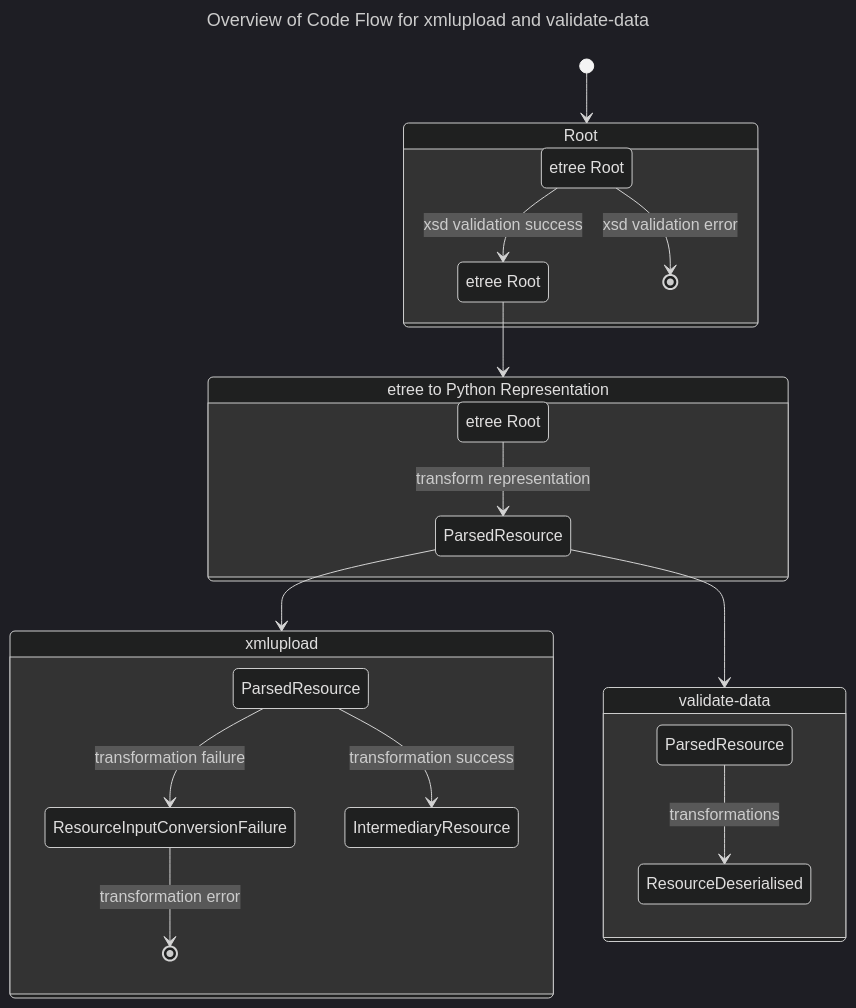
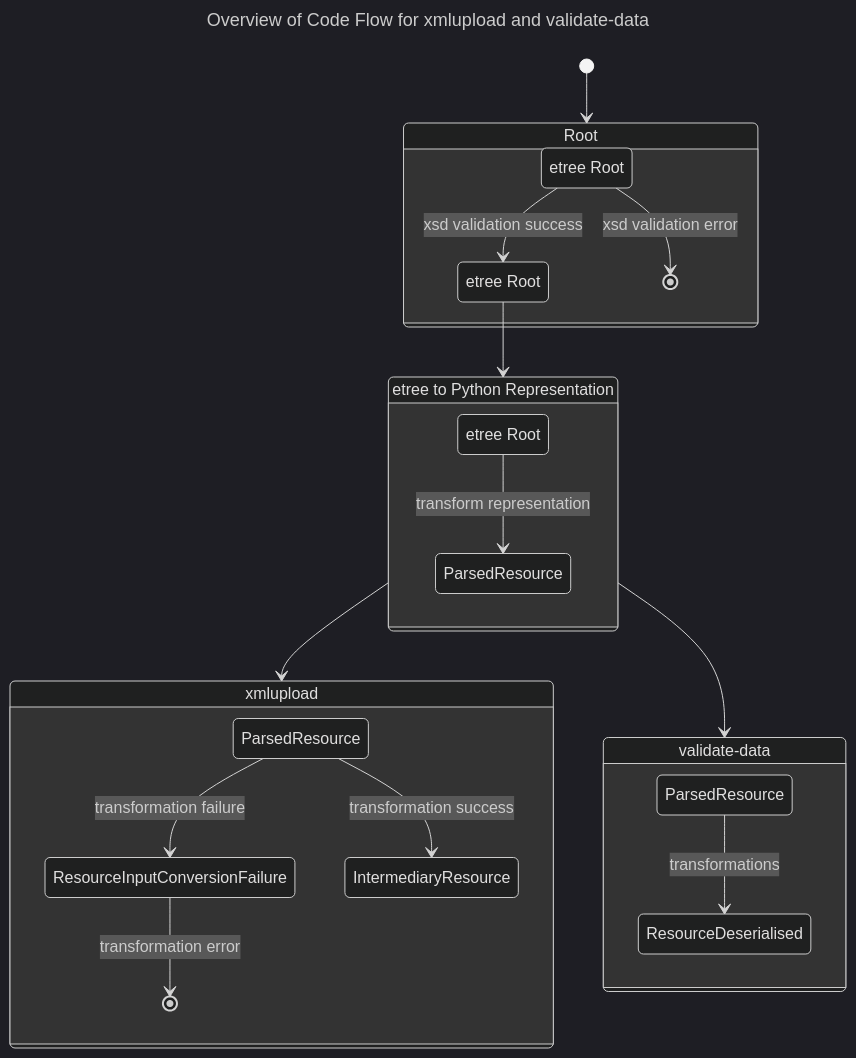
One commit to dasch-swiss/dsp-tools changed the first of 3 diagrams in docs/developers/architecture.md. Above: the diagram before and after it, drawn with Mermaid (dark theme).

````diff
--- a/docs/developers/architecture.md
+++ b/docs/developers/architecture.md
@@ -7,38 +7,38 @@
 ```mermaid
 ---
 title: Overview of Code Flow for xmlupload and validate-data
 ---
 stateDiagram-v2
 
 state "etree Root" as eroot1
 state "etree Root" as eroot2
 state "etree Root" as eroot3
 state "Root" as rootwork
 state "etree to Python Representation" as pywork
 state "xmlupload" as transform
 state "ParsedResource" as parsedres1
 state "ParsedResource" as parsedres2
 state "ParsedResource" as parsedres3
 state "IntermediaryResource" as intermediaryres
 state "validate-data" as valdata
 
 [*]-->rootwork
 state rootwork {
     eroot1-->eroot2: xsd validation success
     eroot1-->[*]: xsd validation error
 }
 eroot2-->pywork
 state pywork {
     eroot3-->parsedres1: transform representation
 }
-parsedres1-->transform
+pywork-->transform
 state transform {
     ResourceInputConversionFailure-->[*]: transformation error
     parsedres2-->intermediaryres: transformation success
     parsedres2-->ResourceInputConversionFailure: transformation failure
 }
-parsedres1-->valdata
+pywork-->valdata
 state valdata {
     parsedres3-->ResourceDeserialised: transformations
 }
 ```
````
